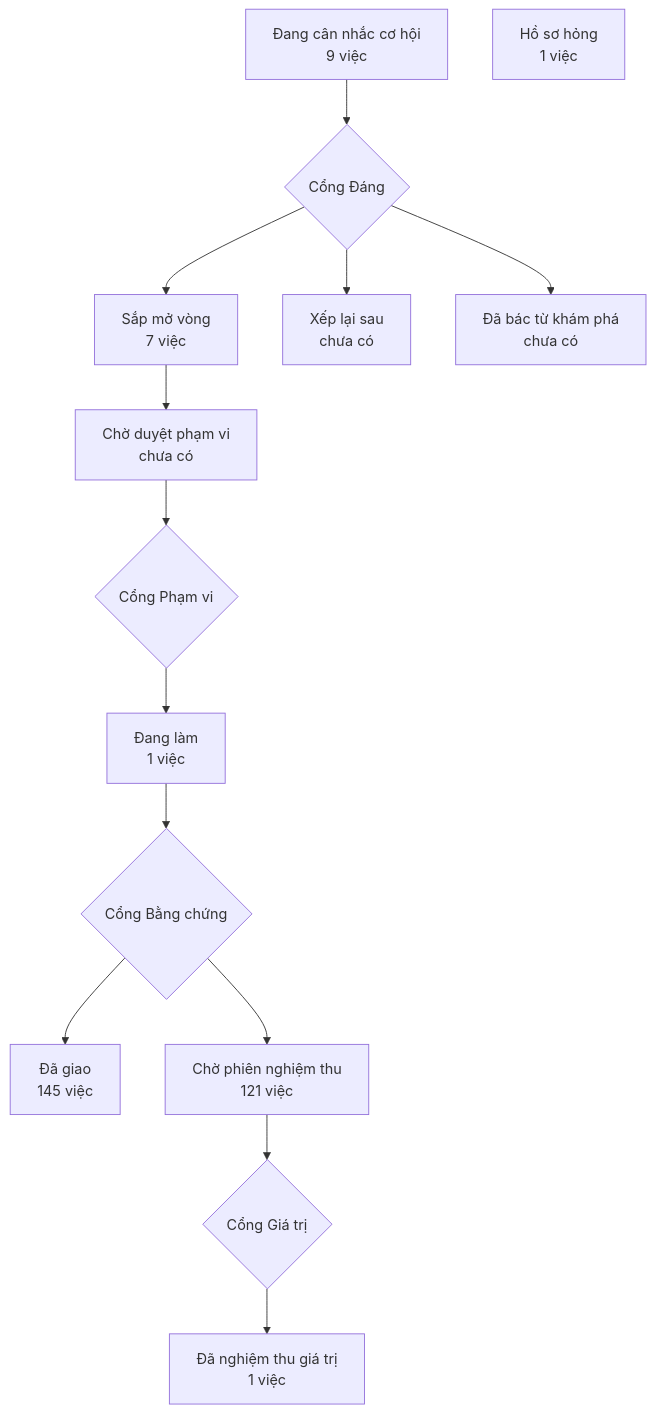
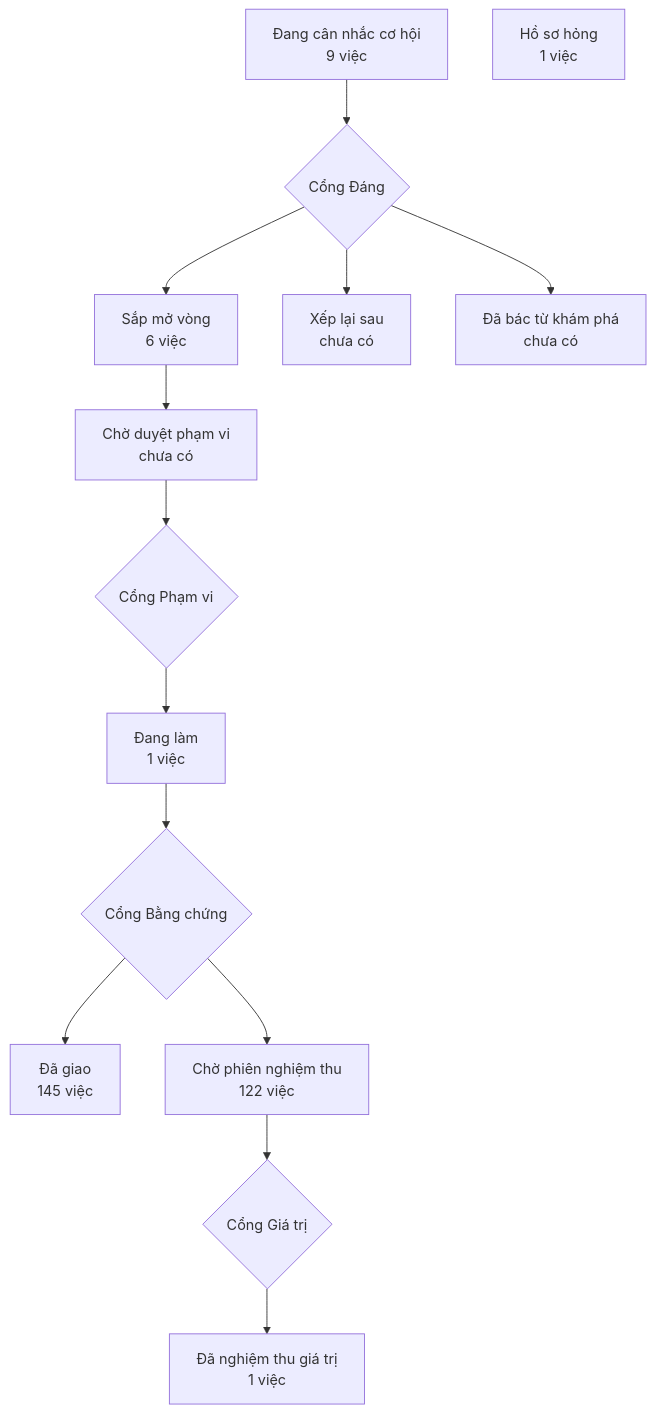
The diagram in PRODUCT-MAP.md (phanlemanh/crm-onehub), drawn with Mermaid before and after one commit. The commit also changed other lines of this file and 1 other file, not shown here.

Commit message:
chore(khong-re-theo-ten-thanh-luat-kho): vẽ lại bản đồ sau gộp onehub

````diff
--- a/PRODUCT-MAP.md
+++ b/PRODUCT-MAP.md
@@ -7,13 +7,13 @@
 ```mermaid
 flowchart TD
   A["Đang cân nhắc cơ hội<br/>9 việc"] --> GD{"Cổng Đáng"}
-  GD --> B["Sắp mở vòng<br/>7 việc"]
+  GD --> B["Sắp mở vòng<br/>6 việc"]
   GD --> XL["Xếp lại sau<br/>chưa có"]
   GD --> DB["Đã bác từ khám phá<br/>chưa có"]
   B --> CD["Chờ duyệt phạm vi<br/>chưa có"] --> GP{"Cổng Phạm vi"}
   GP --> DL["Đang làm<br/>1 việc"] --> GB{"Cổng Bằng chứng"}
   GB --> DG["Đã giao<br/>145 việc"]
-  GB --> CN["Chờ phiên nghiệm thu<br/>121 việc"] --> GG{"Cổng Giá trị"}
+  GB --> CN["Chờ phiên nghiệm thu<br/>122 việc"] --> GG{"Cổng Giá trị"}
   GG --> NT["Đã nghiệm thu giá trị<br/>1 việc"]
   HS["Hồ sơ hỏng<br/>1 việc"]
 ```
````
